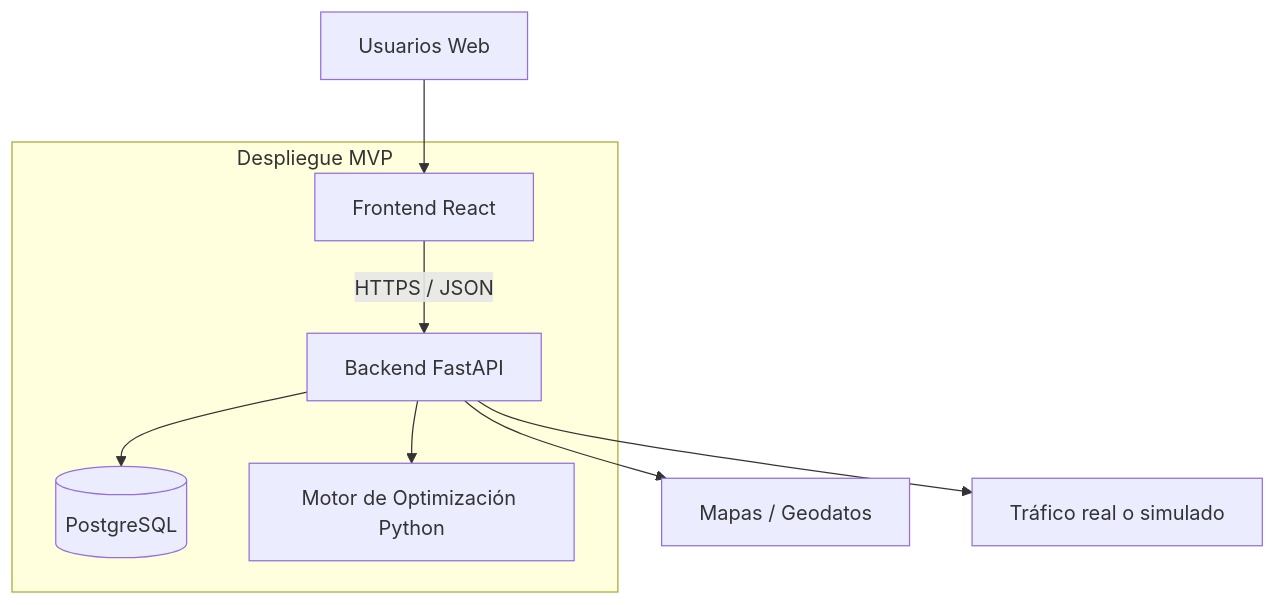
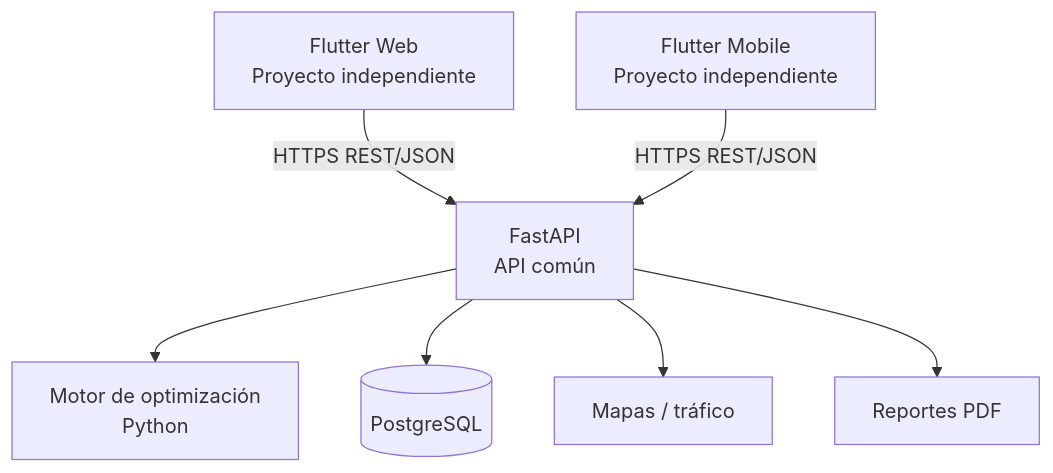
One commit to DartBlackLink/PFA changed the diagram in docs/01 Inicio/10. Stack tecnológico V_1_0_0.md. Above: the diagram before and after it, drawn with Mermaid. The commit also changed other lines of this file and 17 other files, not shown here.

````diff
--- a/docs/01 Inicio/10. Stack tecnológico V_1_0_0.md
+++ b/docs/01 Inicio/10. Stack tecnológico V_1_0_0.md
@@ -631,16 +88,17 @@
 ```mermaid
-flowchart TB
-    USER[Usuarios Web] --> FE[Frontend React]
-    FE -->|HTTPS / JSON| BE[Backend FastAPI]
-    BE --> DB[(PostgreSQL)]
-    BE --> OPT[Motor de Optimización Python]
-    BE --> MAP[Mapas / Geodatos]
-    BE --> TRAF[Tráfico real o simulado]
+flowchart TD
+    WEB[Flutter Web<br/>Proyecto independiente]
+    MOBILE[Flutter Mobile<br/>Proyecto independiente]
+    API[FastAPI<br/>API común]
+    OPT[Motor de optimización<br/>Python]
+    DB[(PostgreSQL)]
+    MAP[Mapas / tráfico]
+    REP[Reportes PDF]
 
-    subgraph MVP["Despliegue MVP"]
-        FE
-        BE
-        DB
-        OPT
-    end
+    WEB -->|HTTPS REST/JSON| API
+    MOBILE -->|HTTPS REST/JSON| API
+    API --> OPT
+    API --> DB
+    API --> MAP
+    API --> REP
 ```
````
